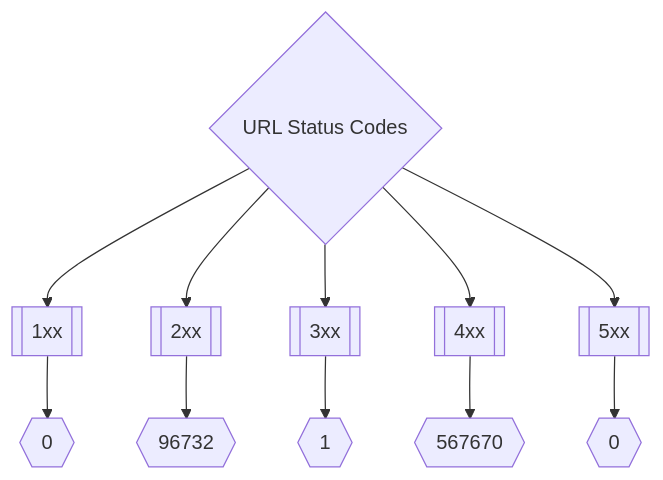
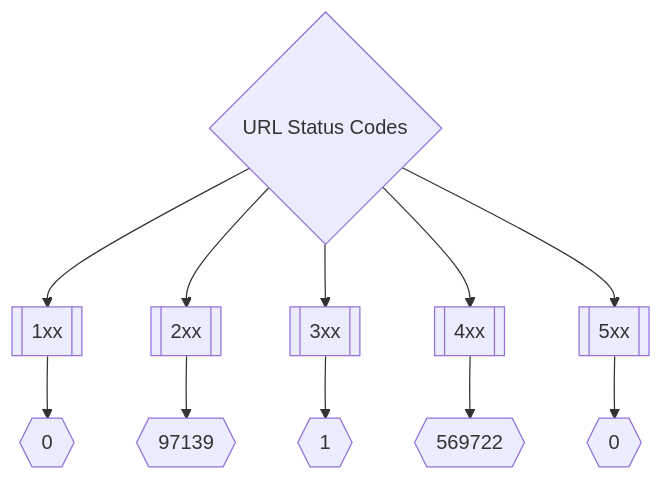
The second of 3 diagrams in README.md (trickest/inventory), drawn with Mermaid before and after one commit. The commit also changed other lines of this file, not shown here.

Commit message:
Update README.md Sat Jul 16 21:07:17 UTC 2022

````diff
--- a/README.md
+++ b/README.md
@@ -175,8 +175,8 @@
 ```mermaid
 graph TD
 title{URL Status Codes} --> 1xx[[1xx]] --> status1xxNum{{0}}
-title --> 2xx[[2xx]] --> status2xxNum{{96732}}
+title --> 2xx[[2xx]] --> status2xxNum{{97139}}
 title --> 3xx[[3xx]] --> status3xxNum{{1}}
-title --> 4xx[[4xx]] --> status4xxNum{{567670}}
+title --> 4xx[[4xx]] --> status4xxNum{{569722}}
 title --> 5xx[[5xx]] --> status5xxNum{{0}}
 ```
````
